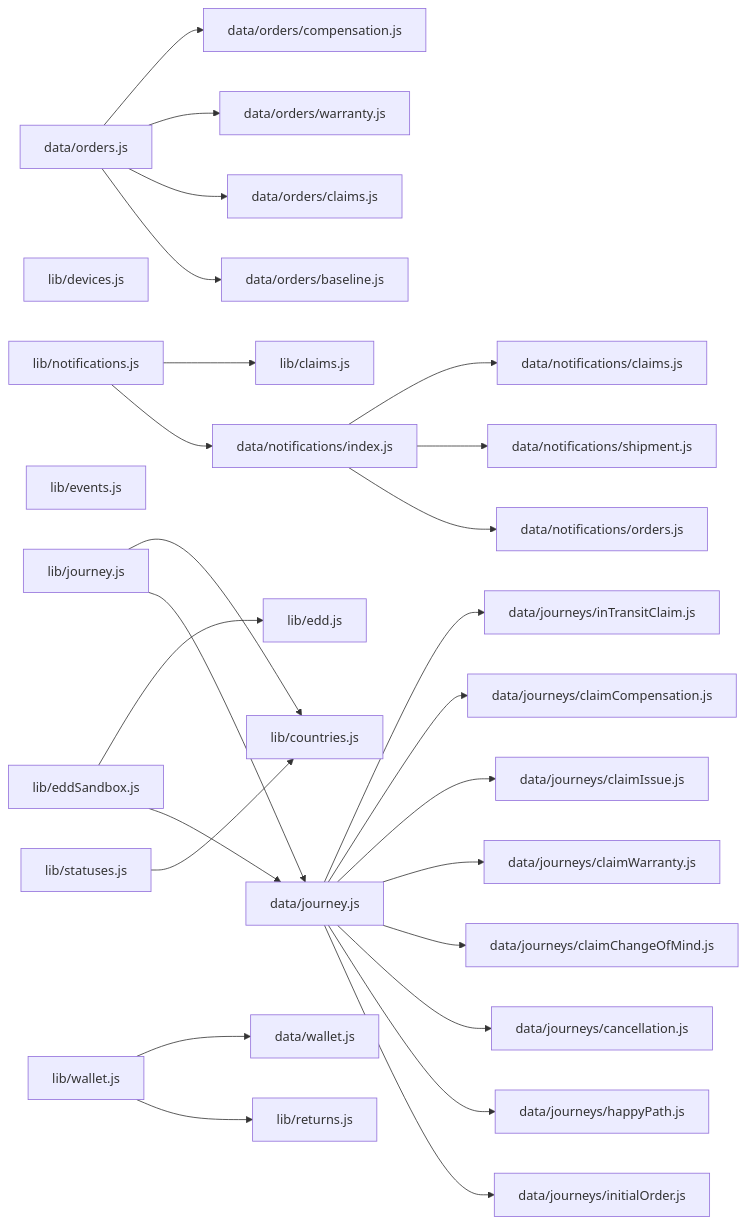
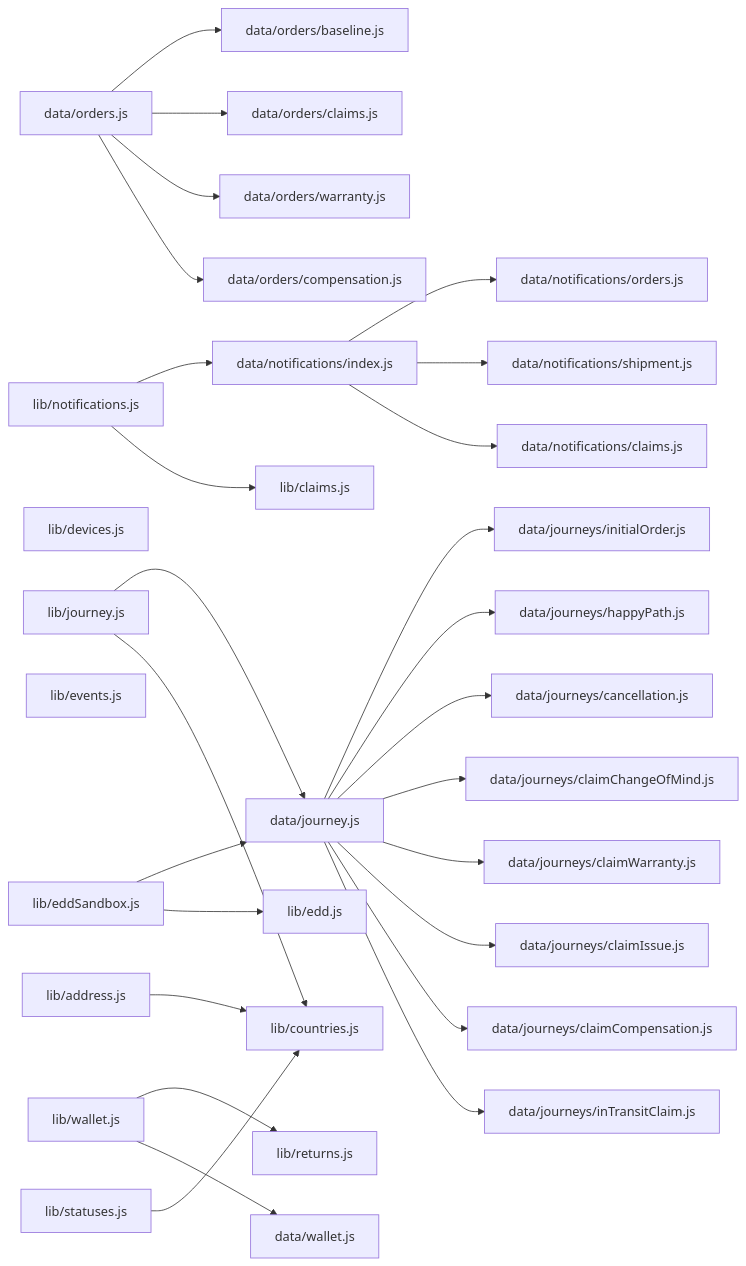
Before and after one commit to andrea-revibe/my-account-redesign-v2: the diagram in docs/code_map.md, drawn with Mermaid. The commit also changed other lines of this file and 22 other files, not shown here.

Commit message:
journey sequence improvement when a claim is cancelled after pickup

````diff
--- a/docs/code_map.md
+++ b/docs/code_map.md
@@ -220,57 +223,59 @@
 ```mermaid
 graph LR
   data_journey_js["data/journey.js"]
   data_journeys_cancellation_js["data/journeys/cancellation.js"]
   data_journeys_claimChangeOfMind_js["data/journeys/claimChangeOfMind.js"]
   data_journeys_claimCompensation_js["data/journeys/claimCompensation.js"]
   data_journeys_claimIssue_js["data/journeys/claimIssue.js"]
   data_journeys_claimWarranty_js["data/journeys/claimWarranty.js"]
   data_journeys_happyPath_js["data/journeys/happyPath.js"]
   data_journeys_inTransitClaim_js["data/journeys/inTransitClaim.js"]
   data_journeys_initialOrder_js["data/journeys/initialOrder.js"]
   data_notifications_claims_js["data/notifications/claims.js"]
   data_notifications_index_js["data/notifications/index.js"]
   data_notifications_orders_js["data/notifications/orders.js"]
   data_notifications_shipment_js["data/notifications/shipment.js"]
   data_orders_js["data/orders.js"]
   data_orders_baseline_js["data/orders/baseline.js"]
   data_orders_claims_js["data/orders/claims.js"]
   data_orders_compensation_js["data/orders/compensation.js"]
   data_orders_warranty_js["data/orders/warranty.js"]
   data_wallet_js["data/wallet.js"]
+  lib_address_js["lib/address.js"]
   lib_claims_js["lib/claims.js"]
   lib_countries_js["lib/countries.js"]
   lib_devices_js["lib/devices.js"]
   lib_edd_js["lib/edd.js"]
   lib_eddSandbox_js["lib/eddSandbox.js"]
   lib_events_js["lib/events.js"]
   lib_journey_js["lib/journey.js"]
   lib_notifications_js["lib/notifications.js"]
   lib_returns_js["lib/returns.js"]
   lib_statuses_js["lib/statuses.js"]
   lib_wallet_js["lib/wallet.js"]
   data_journey_js --> data_journeys_initialOrder_js
   data_journey_js --> data_journeys_happyPath_js
   data_journey_js --> data_journeys_cancellation_js
   data_journey_js --> data_journeys_claimChangeOfMind_js
   data_journey_js --> data_journeys_claimWarranty_js
   data_journey_js --> data_journeys_claimIssue_js
   data_journey_js --> data_journeys_claimCompensation_js
   data_journey_js --> data_journeys_inTransitClaim_js
   data_notifications_index_js --> data_notifications_orders_js
   data_notifications_index_js --> data_notifications_shipment_js
   data_notifications_index_js --> data_notifications_claims_js
   data_orders_js --> data_orders_baseline_js
   data_orders_js --> data_orders_claims_js
   data_orders_js --> data_orders_warranty_js
   data_orders_js --> data_orders_compensation_js
+  lib_address_js --> lib_countries_js
   lib_eddSandbox_js --> data_journey_js
   lib_eddSandbox_js --> lib_edd_js
   lib_journey_js --> data_journey_js
   lib_journey_js --> lib_countries_js
   lib_notifications_js --> data_notifications_index_js
   lib_notifications_js --> lib_claims_js
   lib_statuses_js --> lib_countries_js
   lib_wallet_js --> lib_returns_js
   lib_wallet_js --> data_wallet_js
 ```
````
